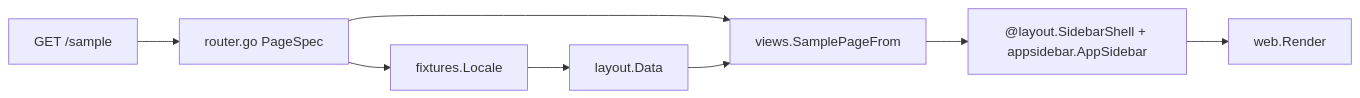
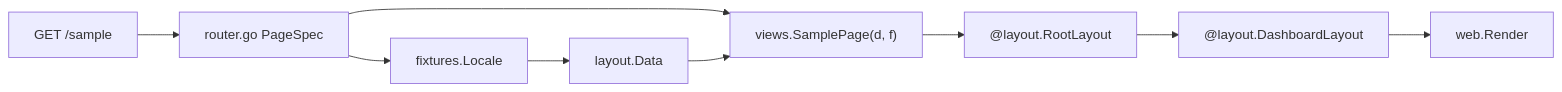
The diagram in docs/for-react-devs.md (fastygo/blank), drawn with Mermaid before and after one commit. The commit also changed other lines of this file and 38 other files, not shown here.

````diff
--- a/docs/for-react-devs.md
+++ b/docs/for-react-devs.md
@@ -63,10 +67,11 @@
 ```mermaid
 flowchart LR
   request["GET /sample"] --> pageSpec["router.go PageSpec"]
   pageSpec --> locale["fixtures.Locale"]
   locale --> layoutData["layout.Data"]
-  pageSpec --> body["views.SamplePageFrom"]
+  pageSpec --> body["views.SamplePage(d, f)"]
   layoutData --> body
-  body --> shell["@layout.SidebarShell + appsidebar.AppSidebar"]
-  shell --> render["web.Render"]
+  body --> root["@layout.RootLayout"]
+  root --> dash["@layout.DashboardLayout"]
+  dash --> render["web.Render"]
 ```
````
